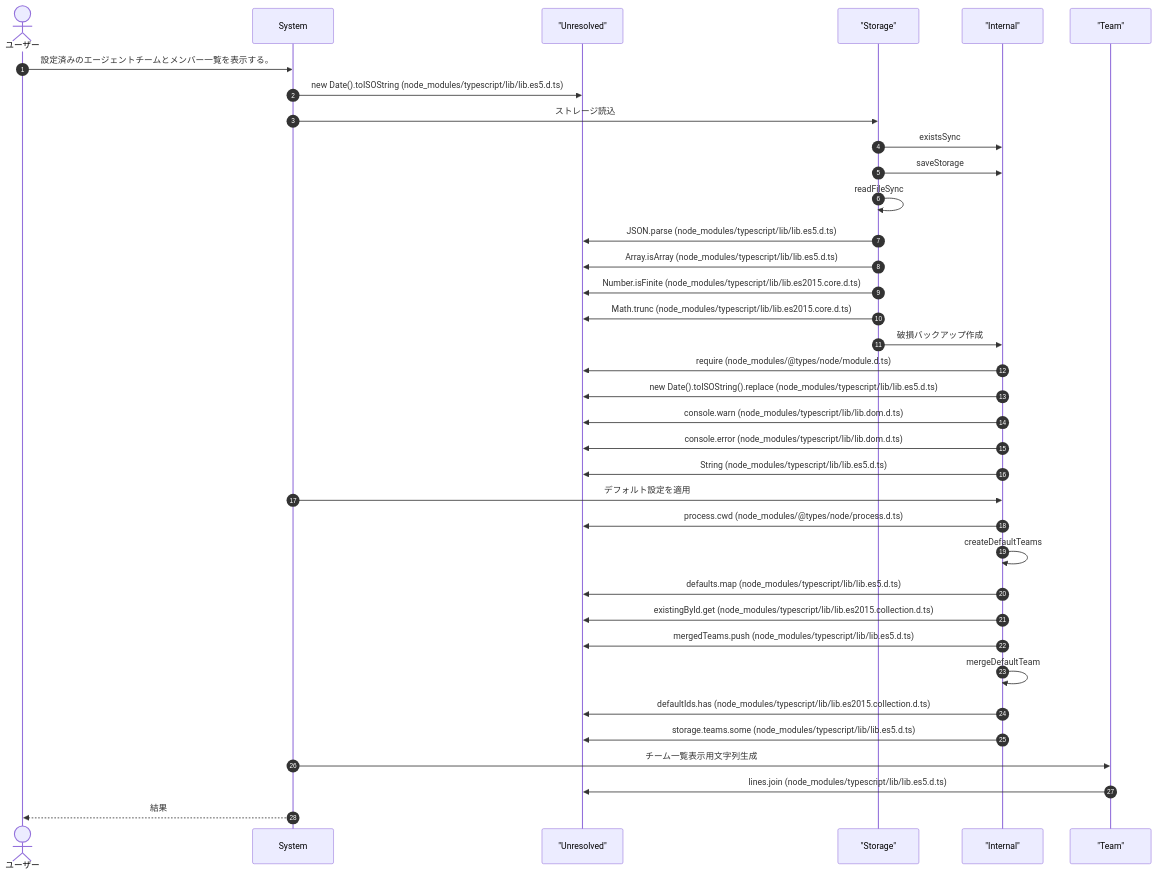
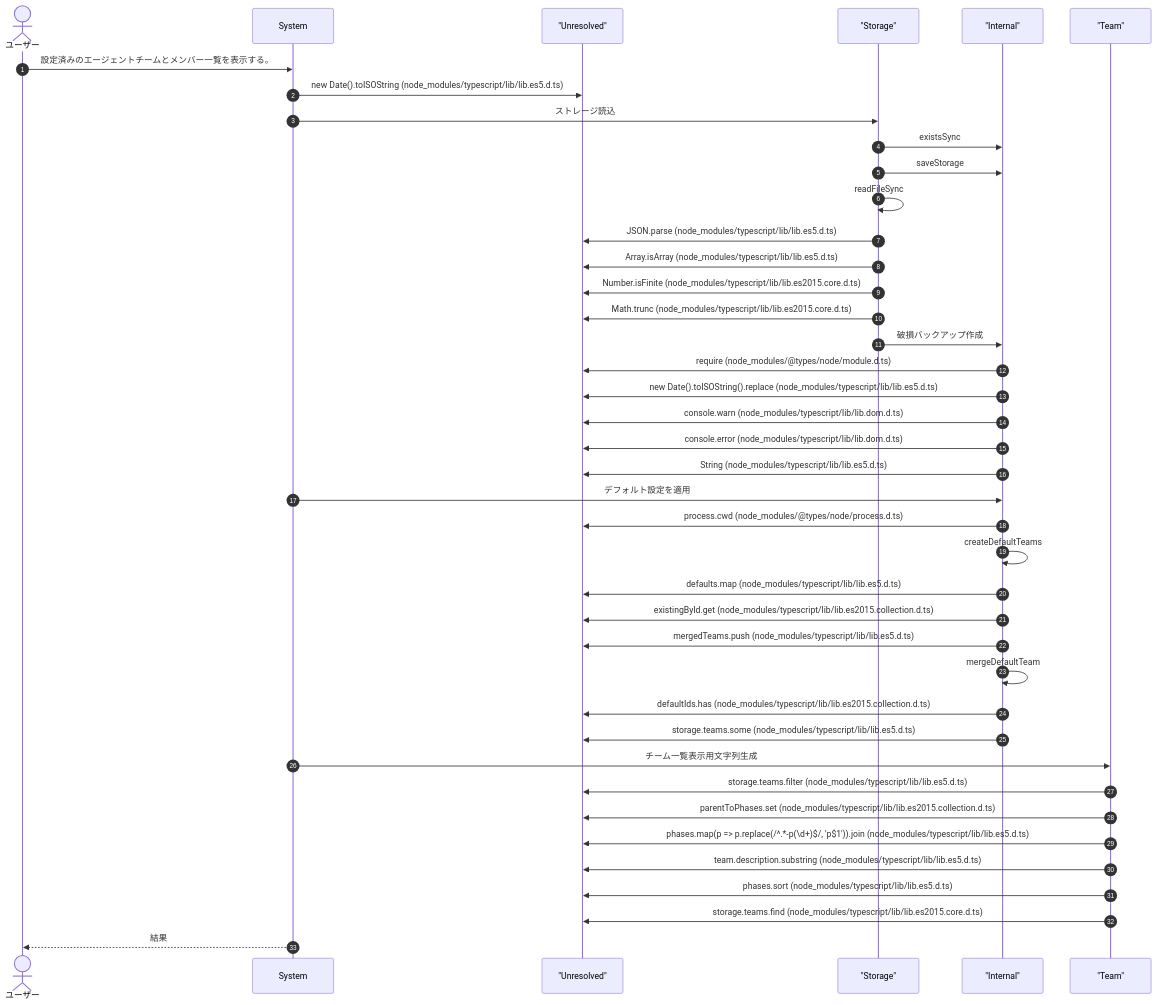
One commit to Mekann2904/mekann changed the first of 11 diagrams in ABDD/.pi/extensions/agent-teams/extension.md. Above: the diagram before and after it, drawn with Mermaid. The commit also changed other lines of this file and 257 other files, not shown here.

````diff
--- a/ABDD/.pi/extensions/agent-teams/extension.md
+++ b/ABDD/.pi/extensions/agent-teams/extension.md
@@ -41,40 +41,45 @@
 ```mermaid
 sequenceDiagram
   autonumber
   actor User as ユーザー
   participant System as System
   participant Unresolved as "Unresolved"
   participant Storage as "Storage"
   participant Internal as "Internal"
   participant Team as "Team"
 
   User->>System: 設定済みのエージェントチームとメンバー一覧を表示する。
   System->>Unresolved: new Date().toISOString (node_modules/typescript/lib/lib.es5.d.ts)
   System->>Storage: ストレージ読込
   Storage->>Internal: existsSync
   Storage->>Internal: saveStorage
   Storage->>Storage: readFileSync
   Storage->>Unresolved: JSON.parse (node_modules/typescript/lib/lib.es5.d.ts)
   Storage->>Unresolved: Array.isArray (node_modules/typescript/lib/lib.es5.d.ts)
   Storage->>Unresolved: Number.isFinite (node_modules/typescript/lib/lib.es2015.core.d.ts)
   Storage->>Unresolved: Math.trunc (node_modules/typescript/lib/lib.es2015.core.d.ts)
   Storage->>Internal: 破損バックアップ作成
   Internal->>Unresolved: require (node_modules/@types/node/module.d.ts)
   Internal->>Unresolved: new Date().toISOString().replace (node_modules/typescript/lib/lib.es5.d.ts)
   Internal->>Unresolved: console.warn (node_modules/typescript/lib/lib.dom.d.ts)
   Internal->>Unresolved: console.error (node_modules/typescript/lib/lib.dom.d.ts)
   Internal->>Unresolved: String (node_modules/typescript/lib/lib.es5.d.ts)
   System->>Internal: デフォルト設定を適用
   Internal->>Unresolved: process.cwd (node_modules/@types/node/process.d.ts)
   Internal->>Internal: createDefaultTeams
   Internal->>Unresolved: defaults.map (node_modules/typescript/lib/lib.es5.d.ts)
   Internal->>Unresolved: existingById.get (node_modules/typescript/lib/lib.es2015.collection.d.ts)
   Internal->>Unresolved: mergedTeams.push (node_modules/typescript/lib/lib.es5.d.ts)
   Internal->>Internal: mergeDefaultTeam
   Internal->>Unresolved: defaultIds.has (node_modules/typescript/lib/lib.es2015.collection.d.ts)
   Internal->>Unresolved: storage.teams.some (node_modules/typescript/lib/lib.es5.d.ts)
   System->>Team: チーム一覧表示用文字列生成
-  Team->>Unresolved: lines.join (node_modules/typescript/lib/lib.es5.d.ts)
+  Team->>Unresolved: storage.teams.filter (node_modules/typescript/lib/lib.es5.d.ts)
+  Team->>Unresolved: parentToPhases.set (node_modules/typescript/lib/lib.es2015.collection.d.ts)
+  Team->>Unresolved: phases.map(p => p.replace(/^.*-p(\d+)$/, 'p$1')).join (node_modules/typescript/lib/lib.es5.d.ts)
+  Team->>Unresolved: team.description.substring (node_modules/typescript/lib/lib.es5.d.ts)
+  Team->>Unresolved: phases.sort (node_modules/typescript/lib/lib.es5.d.ts)
+  Team->>Unresolved: storage.teams.find (node_modules/typescript/lib/lib.es2015.core.d.ts)
   System-->>User: 結果
 
 ```
````
